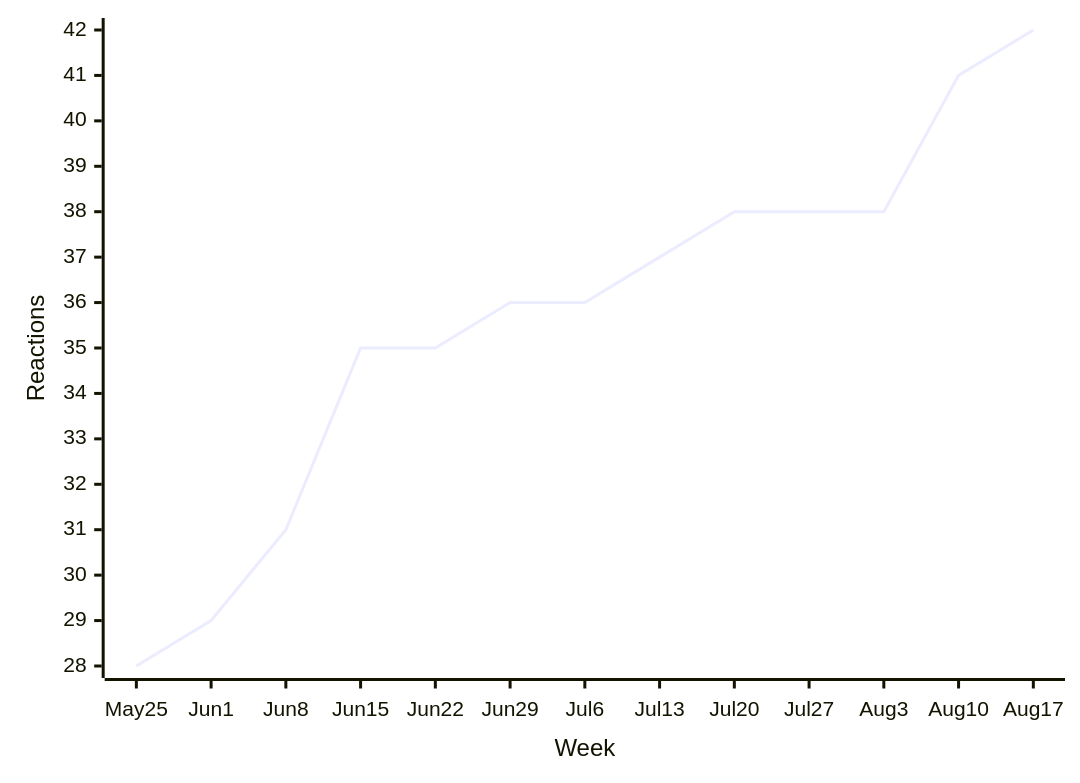
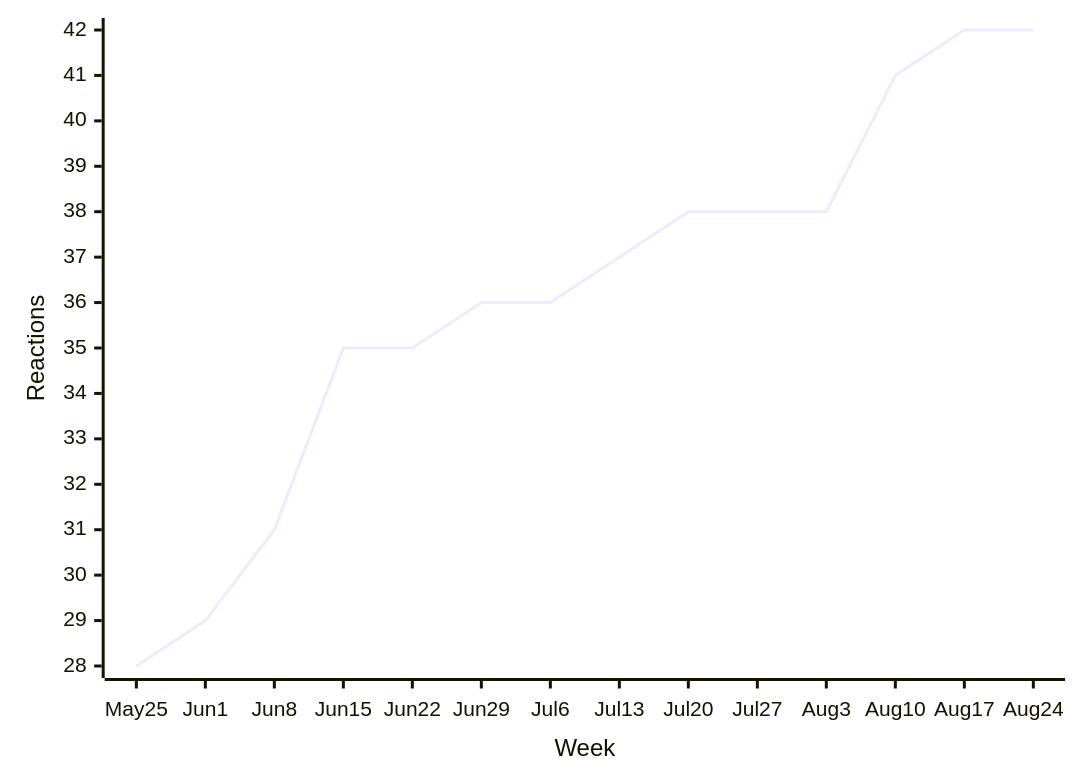
One commit to loic-sharma/github-insights changed diagram 12 of 38 in README.md. Above: the diagram before and after it, drawn with Mermaid. The commit also changed other lines of this file and 3 other files, not shown here.

````diff
--- a/README.md
+++ b/README.md
@@ -511,6 +511,6 @@
   ```mermaid
   xychart-beta
-    x-axis "Week" [May 25, Jun 1, Jun 8, Jun 15, Jun 22, Jun 29, Jul 6, Jul 13, Jul 20, Jul 27, Aug 3, Aug 10, Aug 17]
+    x-axis "Week" [May 25, Jun 1, Jun 8, Jun 15, Jun 22, Jun 29, Jul 6, Jul 13, Jul 20, Jul 27, Aug 3, Aug 10, Aug 17, Aug 24]
     y-axis "Reactions"
-    line [28, 29, 31, 35, 35, 36, 36, 37, 38, 38, 38, 41, 42]
+    line [28, 29, 31, 35, 35, 36, 36, 37, 38, 38, 38, 41, 42, 42]
   ```
````
